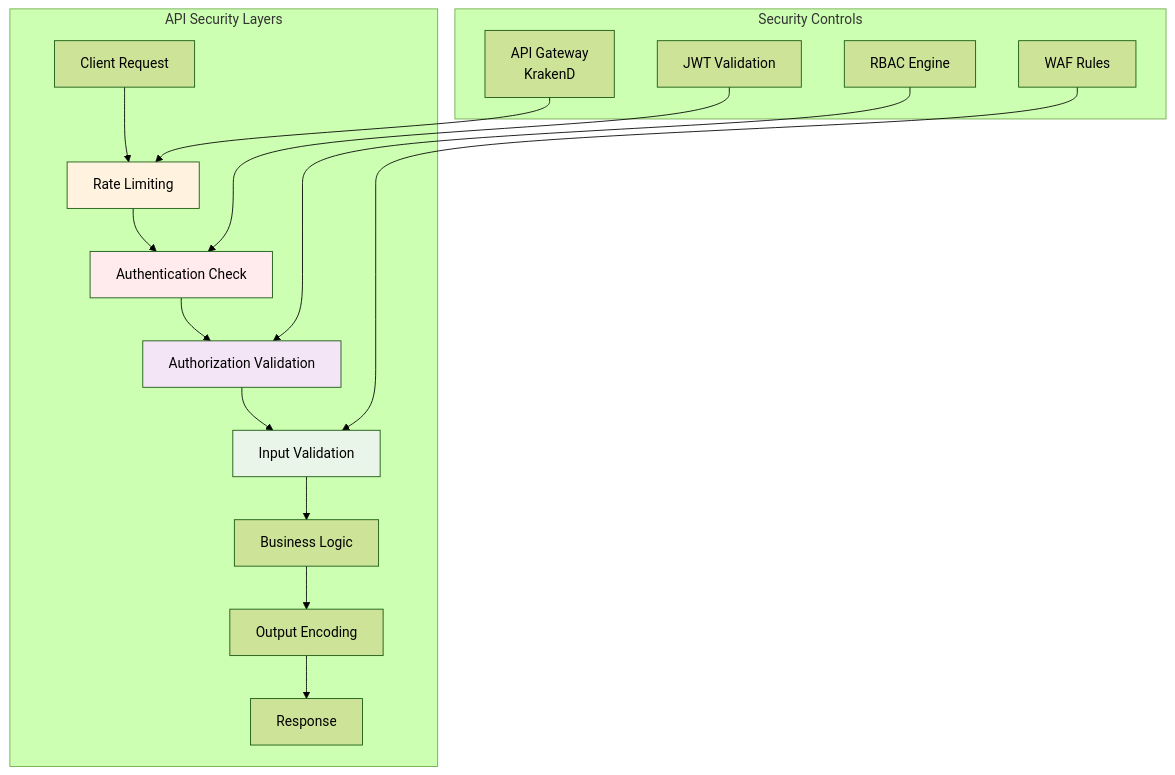
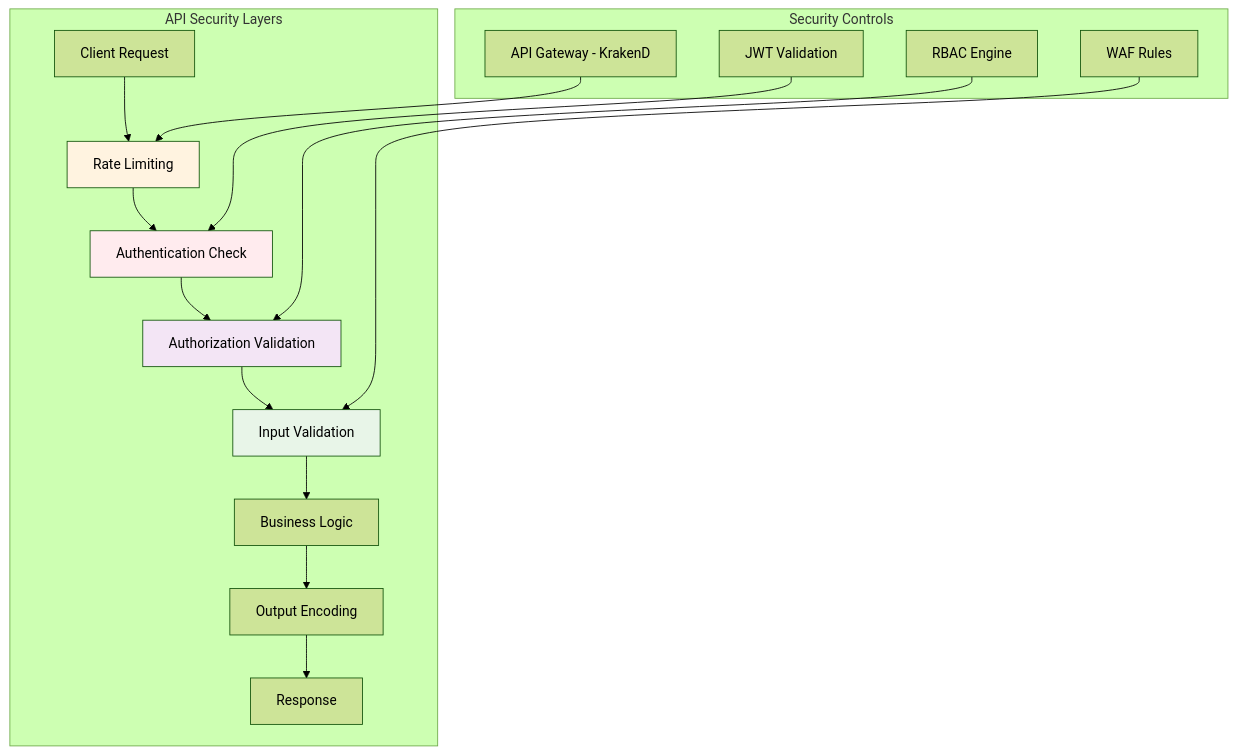
The fourth of 6 diagrams in SECURAA_SECURE_CODING_POLICY.md (Vishwa0220/customers-docs), drawn with Mermaid (forest theme) before and after one commit. The commit also changed other lines of this file, not shown here.

Commit message:
Remove HTML br tags from Mermaid diagrams to fix rendering issues

````diff
--- a/SECURAA_SECURE_CODING_POLICY.md
+++ b/SECURAA_SECURE_CODING_POLICY.md
@@ -959,29 +959,29 @@
 ```mermaid
 graph TB
     subgraph "API Security Layers"
         A[Client Request] --> B[Rate Limiting]
         B --> C[Authentication Check]
         C --> D[Authorization Validation]
         D --> E[Input Validation]
         E --> F[Business Logic]
         F --> G[Output Encoding]
         G --> H[Response]
     end
     
     subgraph "Security Controls"
-        I[API Gateway<br/>KrakenD]
+        I[API Gateway - KrakenD]
         J[JWT Validation]
         K[RBAC Engine]
         L[WAF Rules]
     end
     
     I --> B
     J --> C
     K --> D
     L --> E
     
     style B fill:#fff3e0
     style C fill:#ffebee
     style D fill:#f3e5f5
     style E fill:#e8f5e8
 ```
````
